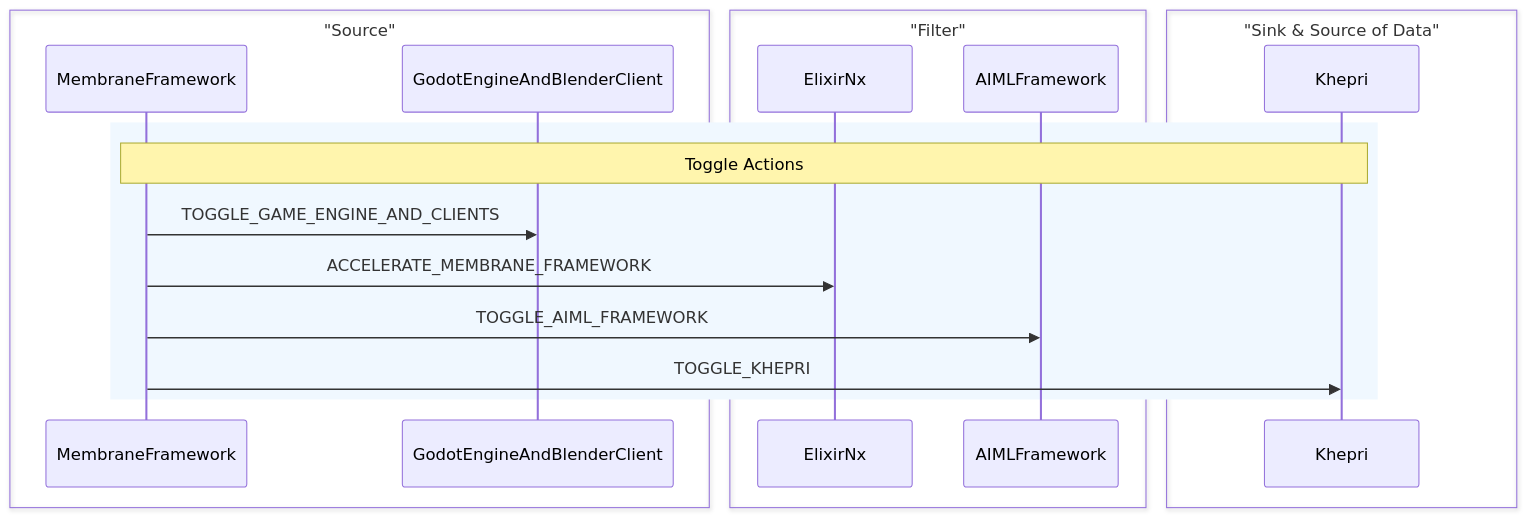
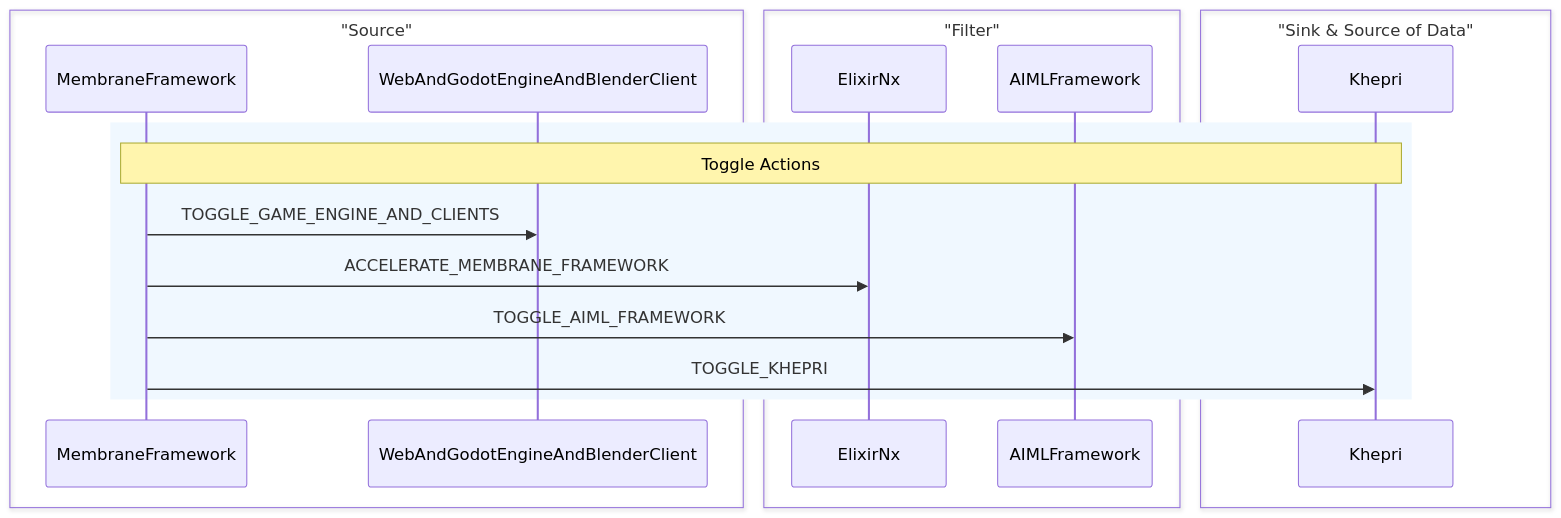
Before and after one commit to V-Sekai/manuals: the diagram in decisions/20230618-membrane-framework-for-mesh-processing.md, drawn with Mermaid.

Commit message:
Update WebAndGodotEngineAndBlenderClient

````diff
--- a/decisions/20230618-membrane-framework-for-mesh-processing.md
+++ b/decisions/20230618-membrane-framework-for-mesh-processing.md
@@ -21,30 +21,30 @@
 ```mermaid
 sequenceDiagram
   participant MembraneFramework
-  participant GodotEngineAndBlenderClient
+  participant WebAndGodotEngineAndBlenderClient
   participant ElixirNx
   participant AIMLFramework
   participant Khepri
 
   rect rgb(240, 248, 255)
     note over MembraneFramework, Khepri: Toggle Actions
-    MembraneFramework->>GodotEngineAndBlenderClient: TOGGLE_GAME_ENGINE_AND_CLIENTS
+    MembraneFramework->>WebAndGodotEngineAndBlenderClient: TOGGLE_GAME_ENGINE_AND_CLIENTS
     MembraneFramework->>ElixirNx: ACCELERATE_MEMBRANE_FRAMEWORK
     MembraneFramework->>AIMLFramework: TOGGLE_AIML_FRAMEWORK
     MembraneFramework->>Khepri: TOGGLE_KHEPRI
   end
 
   box "Source" #CCFFCC
     participant MembraneFramework
-    participant GodotEngineAndBlenderClient
+    participant WebAndGodotEngineAndBlenderClient
   end
 
   box "Filter" #FFFFCC
     participant ElixirNx
     participant AIMLFramework
   end
 
   box "Sink & Source of Data" #FFCCCC
     participant Khepri
   end
 ```
````
